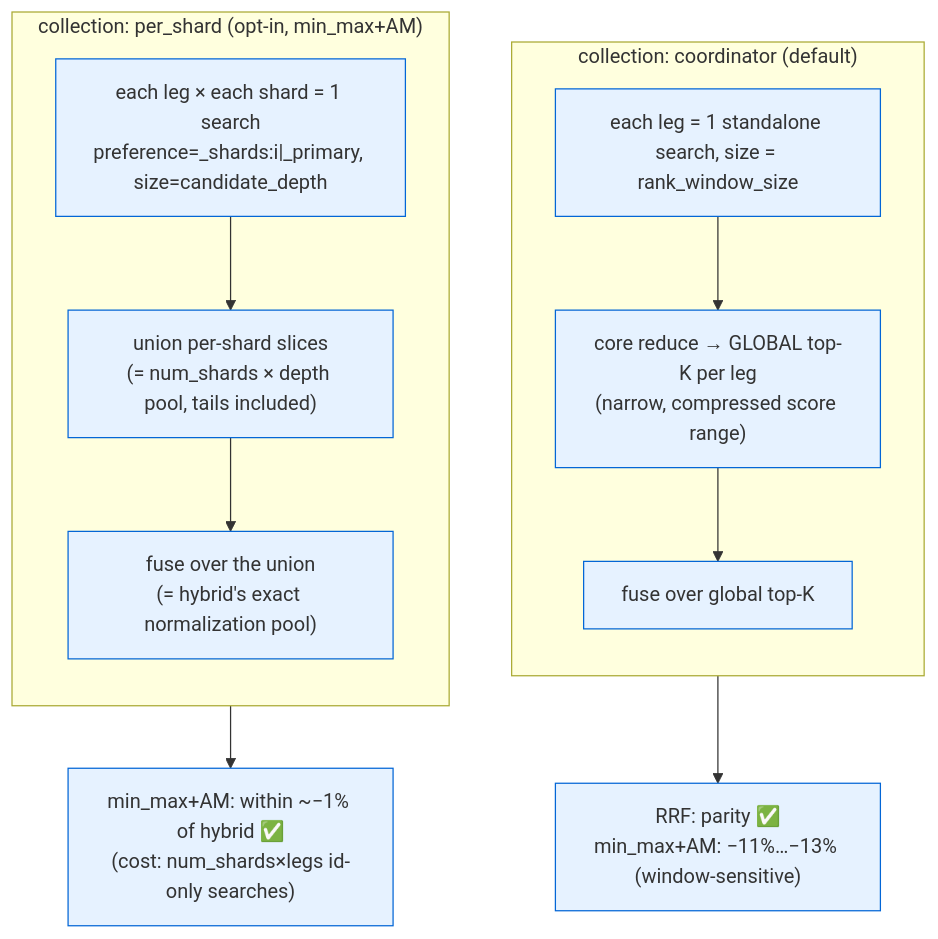
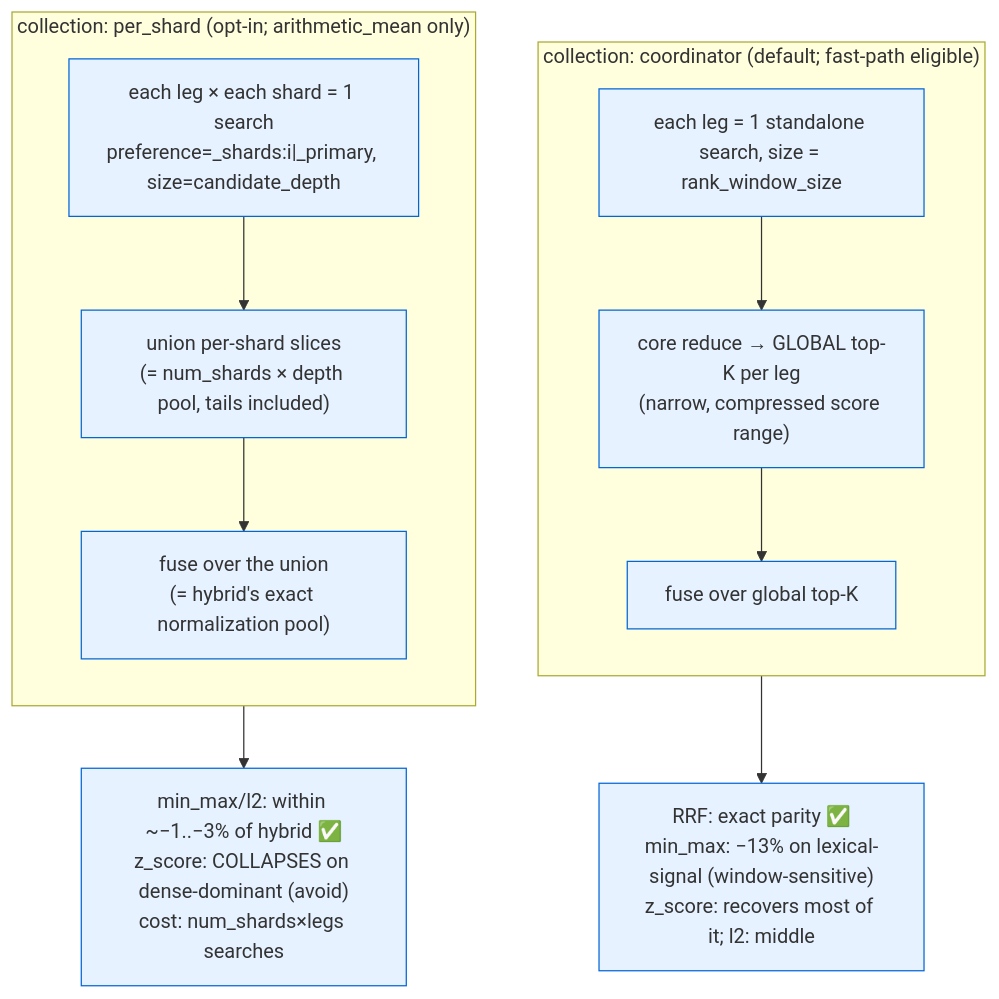
Before and after one commit to martin-gaievski/neural-search: the seventh of 7 diagrams in RESOLVER_POC_DIAGRAMS.md, drawn with Mermaid. The commit also changed other lines of this file and 1 other file, not shown here.

First line of the commit message:
docs(resolver): update POC README + diagrams to v2 architecture

````diff
--- a/RESOLVER_POC_DIAGRAMS.md
+++ b/RESOLVER_POC_DIAGRAMS.md
@@ -203,21 +197,21 @@
 ```mermaid
 flowchart TB
-    subgraph coordC["collection: coordinator (default)"]
+    subgraph coordC["collection: coordinator (default; fast-path eligible)"]
         direction TB
         c1["each leg = 1 standalone search, size = rank_window_size"]
         c2["core reduce → GLOBAL top-K per leg\n(narrow, compressed score range)"]
         c3["fuse over global top-K"]
         c1 --> c2 --> c3
     end
-    subgraph psC["collection: per_shard (opt-in, min_max+AM)"]
+    subgraph psC["collection: per_shard (opt-in; arithmetic_mean only)"]
         direction TB
         p1["each leg × each shard = 1 search\npreference=_shards:i|_primary, size=candidate_depth"]
         p2["union per-shard slices\n(= num_shards × depth pool, tails included)"]
         p3["fuse over the union\n(= hybrid's exact normalization pool)"]
         p1 --> p2 --> p3
     end
-    c3 --> RCOORD["RRF: parity ✅\nmin_max+AM: −11%…−13% (window-sensitive)"]
-    p3 --> RPS["min_max+AM: within ~−1% of hybrid ✅\n(cost: num_shards×legs id-only searches)"]
+    c3 --> RCOORD["RRF: exact parity ✅\nmin_max: −13% on lexical-signal (window-sensitive)\nz_score: recovers most of it; l2: middle"]
+    p3 --> RPS["min_max/l2: within ~−1..−3% of hybrid ✅\nz_score: COLLAPSES on dense-dominant (avoid)\ncost: num_shards×legs searches"]
     classDef novel fill:#e6f2ff,stroke:#0366d6;
     class c1,c2,c3,p1,p2,p3,RCOORD,RPS novel;
 ```
````
